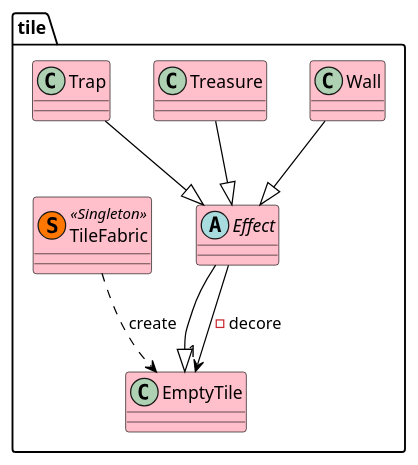
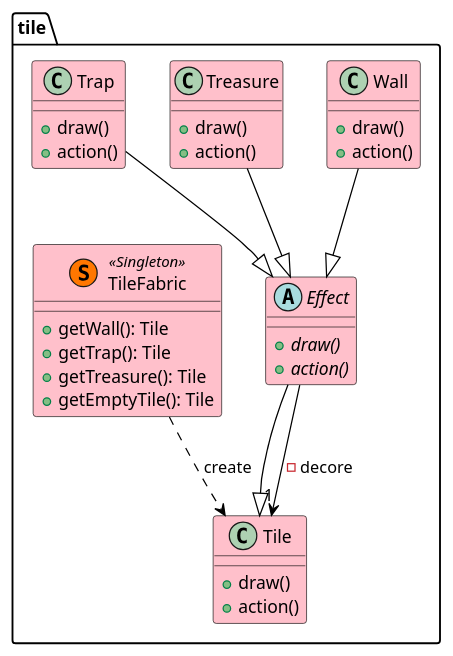
The diagram in doc/first_sprint/diagrams/class/tiles.puml (Reynault/ACL_2019_Zelpop), drawn with PlantUML before and after one commit. The commit also changed 3 other files, not shown here.

Commit message:
First Sprint : Update diagrams

```diff
--- a/doc/first_sprint/diagrams/class/tiles.puml
+++ b/doc/first_sprint/diagrams/class/tiles.puml
@@ -1,45 +1,53 @@
 @startuml
 
 skinparam class {
 	BackgroundColor #FFC0CB
 	ArrowColor Black
 	BorderColor Black
 }
 
 package tile{
 
-    class EmptyTile{
-
+    class Tile{
+        + draw()
+        + action()
     }
 
     class Wall{
-
+        + draw()
+        + action()
     }
 
     class Treasure{
-
+        + draw()
+        + action()
     }
 
     class Trap{
-
+        + draw()
+        + action()
     }
 
     abstract Effect{
-
+        + {abstract} draw()
+        + {abstract} action()
     }
 
     class TileFabric << (S,#FF7700) Singleton >>{
-
+        + getWall(): Tile
+        + getTrap(): Tile
+        + getTreasure(): Tile
+        + getEmptyTile(): Tile
     }
 
 }
 
 Wall --|> Effect
-Effect --|> EmptyTile
-Effect --> "1" EmptyTile : -decore
+Effect --|> Tile
+Effect --> "1" Tile : -decore
 Trap --|> Effect
 Treasure --|> Effect
 
-TileFabric ..> EmptyTile : create
+TileFabric ..> Tile : create
 
 @enduml
```
